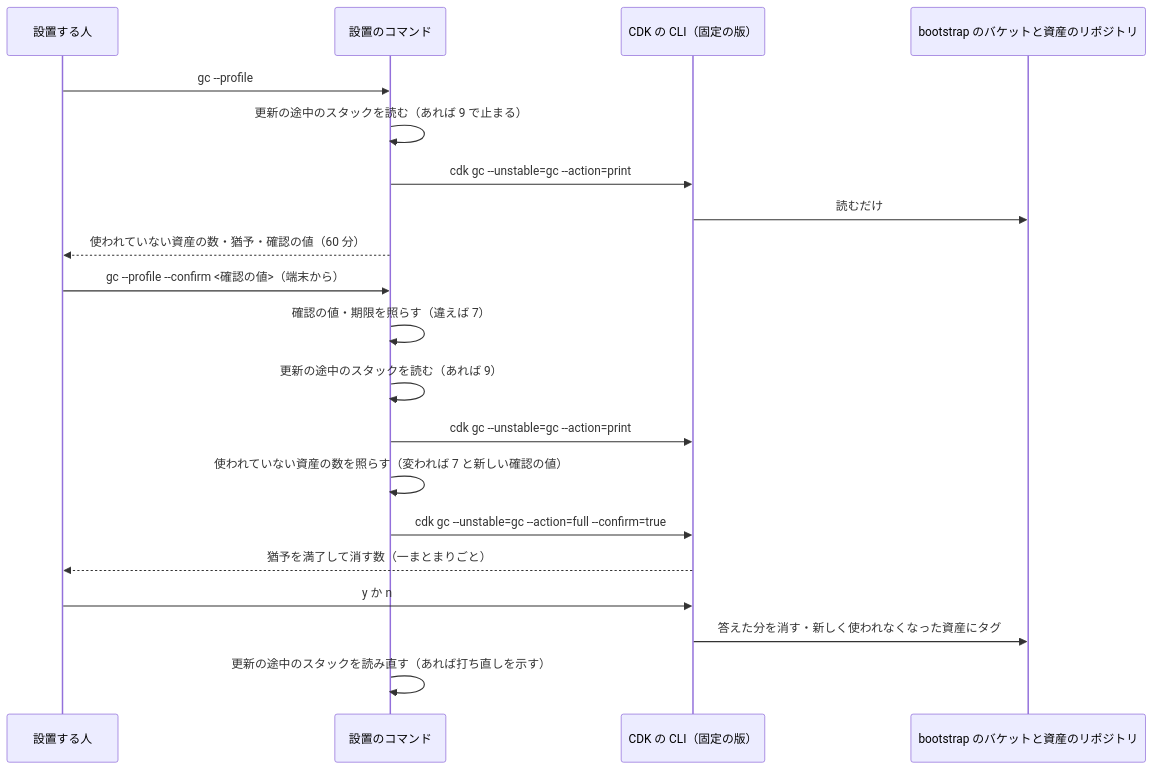
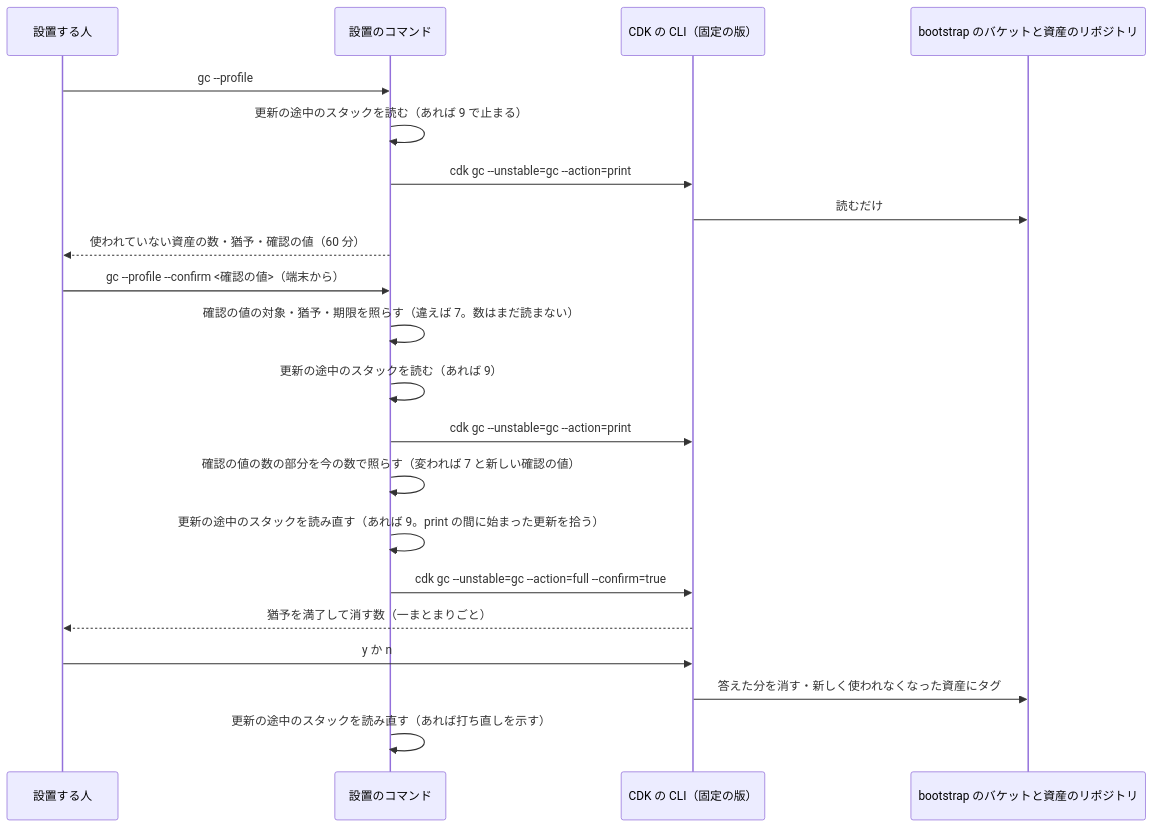
The fourth of 4 diagrams in issues/issue-13-design.md (devbasex/nd-factory), drawn with Mermaid before and after one commit. The commit also changed other lines of this file and 1 other file, not shown here.

Commit message:
Docs: #13 の設計の gc の確認の値を条件と数の 2 つの要約値に分けて print の前後で照らし、full の直前にスタックの状態を読み直して更新の途中なら 9 で止める（#13）

````diff
--- a/issues/issue-13-design.md
+++ b/issues/issue-13-design.md
@@ -208,22 +208,23 @@
 ```mermaid
 sequenceDiagram
     participant P as 設置する人
     participant S as 設置のコマンド
     participant C as CDK の CLI（固定の版）
     participant A as bootstrap のバケットと資産のリポジトリ
     P->>S: gc --profile
     S->>S: 更新の途中のスタックを読む（あれば 9 で止まる）
     S->>C: cdk gc --unstable=gc --action=print
     C->>A: 読むだけ
     S-->>P: 使われていない資産の数・猶予・確認の値（60 分）
     P->>S: gc --profile --confirm <確認の値>（端末から）
-    S->>S: 確認の値・期限を照らす（違えば 7）
+    S->>S: 確認の値の対象・猶予・期限を照らす（違えば 7。数はまだ読まない）
     S->>S: 更新の途中のスタックを読む（あれば 9）
     S->>C: cdk gc --unstable=gc --action=print
-    S->>S: 使われていない資産の数を照らす（変われば 7 と新しい確認の値）
+    S->>S: 確認の値の数の部分を今の数で照らす（変われば 7 と新しい確認の値）
+    S->>S: 更新の途中のスタックを読み直す（あれば 9。print の間に始まった更新を拾う）
     S->>C: cdk gc --unstable=gc --action=full --confirm=true
     C-->>P: 猶予を満了して消す数（一まとまりごと）
     P->>C: y か n
     C->>A: 答えた分を消す・新しく使われなくなった資産にタグ
     S->>S: 更新の途中のスタックを読み直す（あれば打ち直しを示す）
 ```
````
